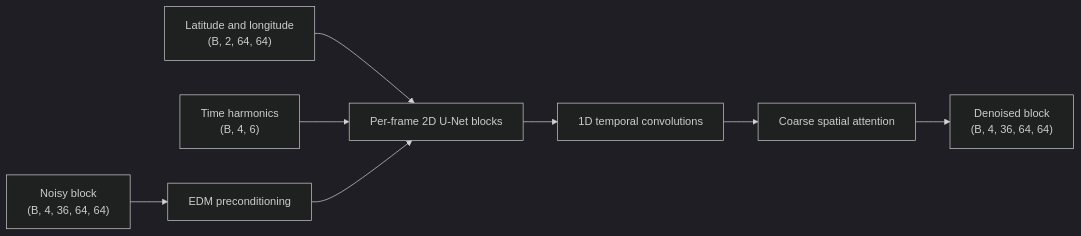
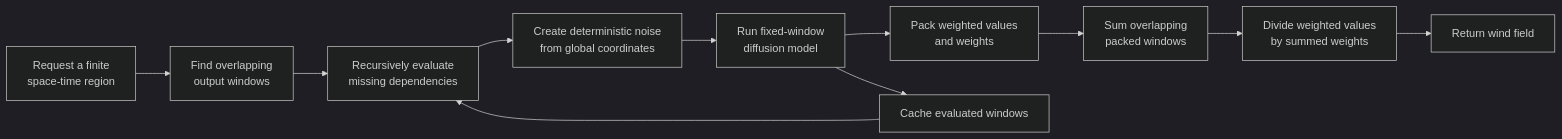
One commit to sdean-group/balloon-env-dev changed the first of 3 diagrams in docs/infinite_diffusion_implementation.md. Above: the diagram before and after it, drawn with Mermaid (dark theme). The commit also changed other lines of this file, not shown here.

Commit message:
docs: condense InfiniteDiffusion implementation note

````diff
--- a/docs/infinite_diffusion_implementation.md
+++ b/docs/infinite_diffusion_implementation.md
@@ -58,19 +5,24 @@
 ```mermaid
 flowchart LR
-    X["Noisy block<br/>(B, 4, 36, 64, 64)"]
-    C["Latitude and longitude<br/>(B, 2, 64, 64)"]
-    F["Time harmonics<br/>(B, 4, 6)"]
-    S["Per-frame 2D U-Net blocks"]
-    T["1D temporal convolutions"]
-    A["Coarse spatial attention"]
-    D["EDM preconditioning"]
-    O["Denoised block<br/>(B, 4, 36, 64, 64)"]
+    Q["Request a finite<br/>space-time region"]
+    L["Find overlapping<br/>output windows"]
+    D["Recursively evaluate<br/>missing dependencies"]
+    N["Create deterministic noise<br/>from global coordinates"]
+    M["Run fixed-window<br/>diffusion model"]
+    P["Pack weighted values<br/>and weights"]
+    S["Sum overlapping<br/>packed windows"]
+    U["Divide weighted values<br/>by summed weights"]
+    C["Cache evaluated windows"]
+    O["Return wind field"]
 
-    X --> D
-    C --> S
-    F --> S
-    D --> S
-    S --> T
-    T --> A
-    A --> O
+    Q --> L
+    L --> D
+    D --> N
+    N --> M
+    M --> P
+    P --> S
+    S --> U
+    U --> O
+    M --> C
+    C --> D
 ```
````
